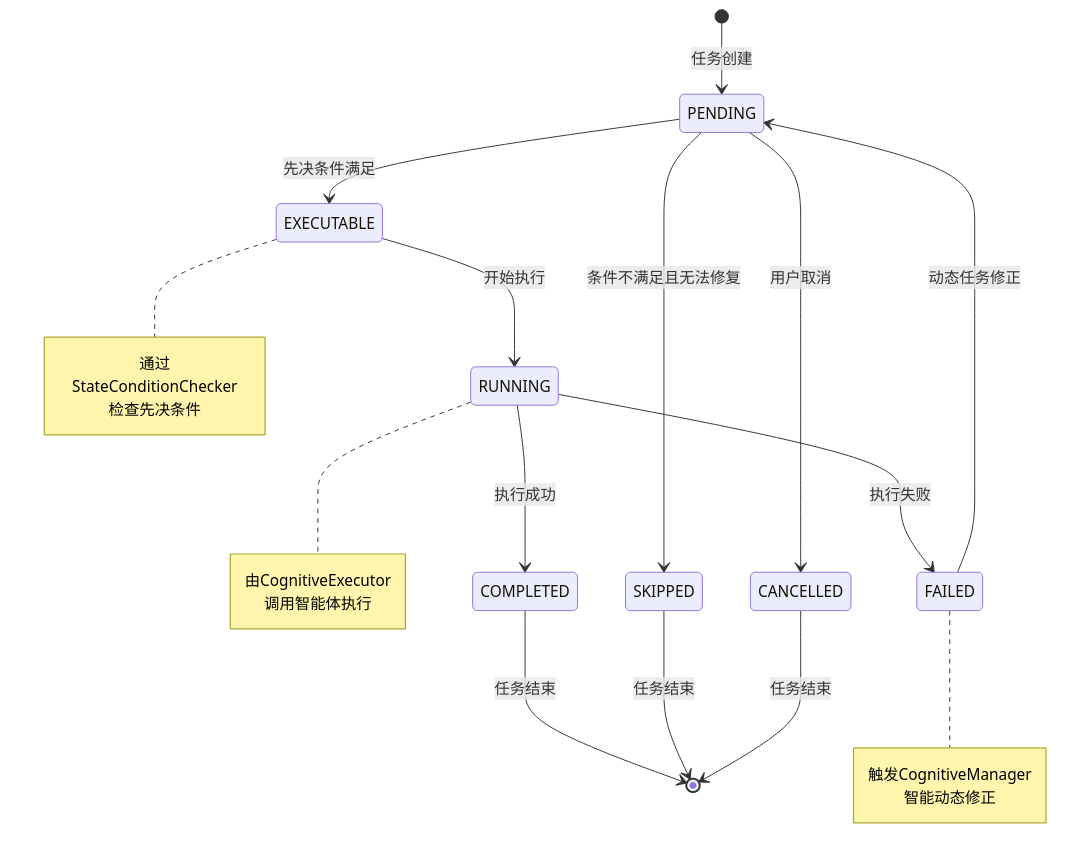
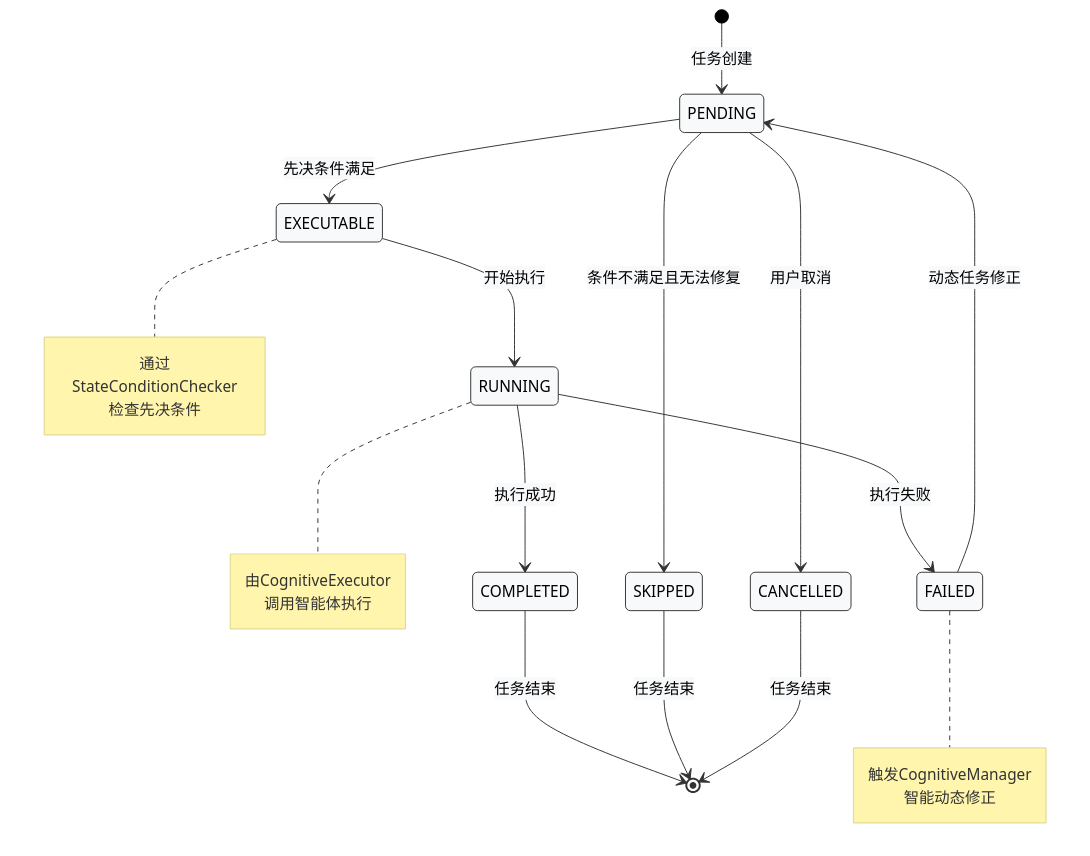
Before and after one commit to guci314/AgentFramework: the fourth of 5 diagrams in CognitiveWorkflow/认知工作流系统架构文档.md, drawn with Mermaid. The commit also changed other lines of this file and 713 other files, not shown here.

````diff
--- a/CognitiveWorkflow/认知工作流系统架构文档.md
+++ b/CognitiveWorkflow/认知工作流系统架构文档.md
@@ -282,21 +293,22 @@
 ```mermaid
+%%{init: {'theme': 'base', 'themeVariables': { 'primaryColor': '#ffffff', 'primaryTextColor': '#000000', 'primaryBorderColor': '#333333', 'lineColor': '#333333', 'secondaryColor': '#f8f9fa', 'tertiaryColor': '#ffffff', 'background': '#ffffff', 'stateLabelColor': '#000000', 'stateBkg': '#f8f9fa', 'labelBackgroundColor': '#f8f9fa', 'compositeBackground': '#ffffff', 'altBackground': '#ffffff', 'compositeTitleBackground': '#f8f9fa', 'innerEndBackground': '#ffffff', 'specialStateColor': '#000000'}}}%%
 stateDiagram-v2
     [*] --> PENDING: 任务创建
     
     PENDING --> EXECUTABLE: 先决条件满足
     EXECUTABLE --> RUNNING: 开始执行
     RUNNING --> COMPLETED: 执行成功
     RUNNING --> FAILED: 执行失败
     
     FAILED --> PENDING: 动态任务修正
     PENDING --> SKIPPED: 条件不满足且无法修复
     PENDING --> CANCELLED: 用户取消
     
     COMPLETED --> [*]: 任务结束
     SKIPPED --> [*]: 任务结束
     CANCELLED --> [*]: 任务结束
     
     note right of EXECUTABLE: 通过StateConditionChecker<br/>检查先决条件
     note right of RUNNING: 由CognitiveExecutor<br/>调用智能体执行
     note right of FAILED: 触发CognitiveManager<br/>智能动态修正
 ```
````
